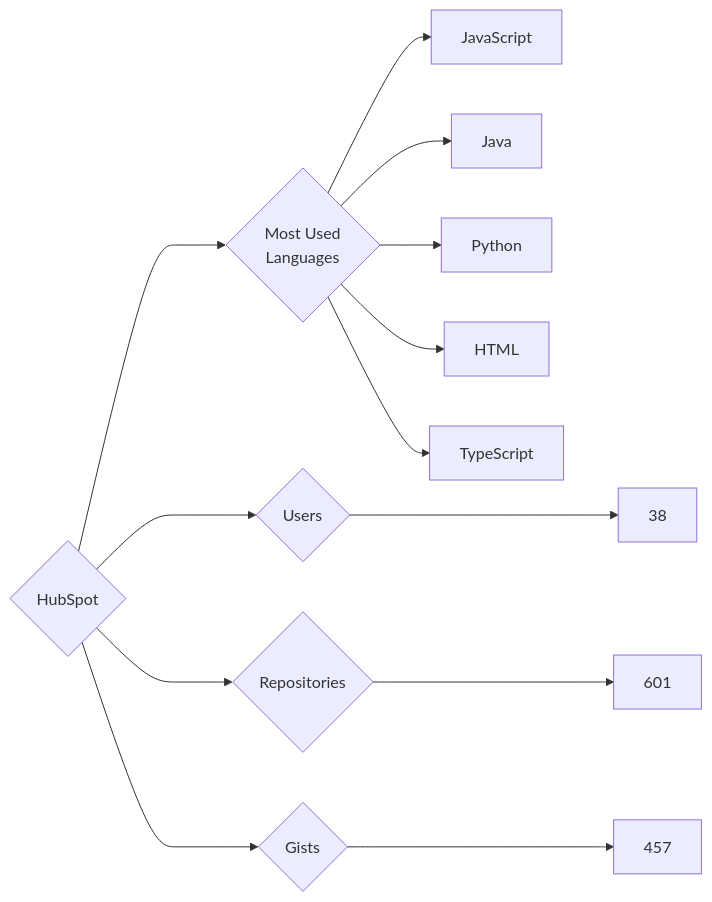
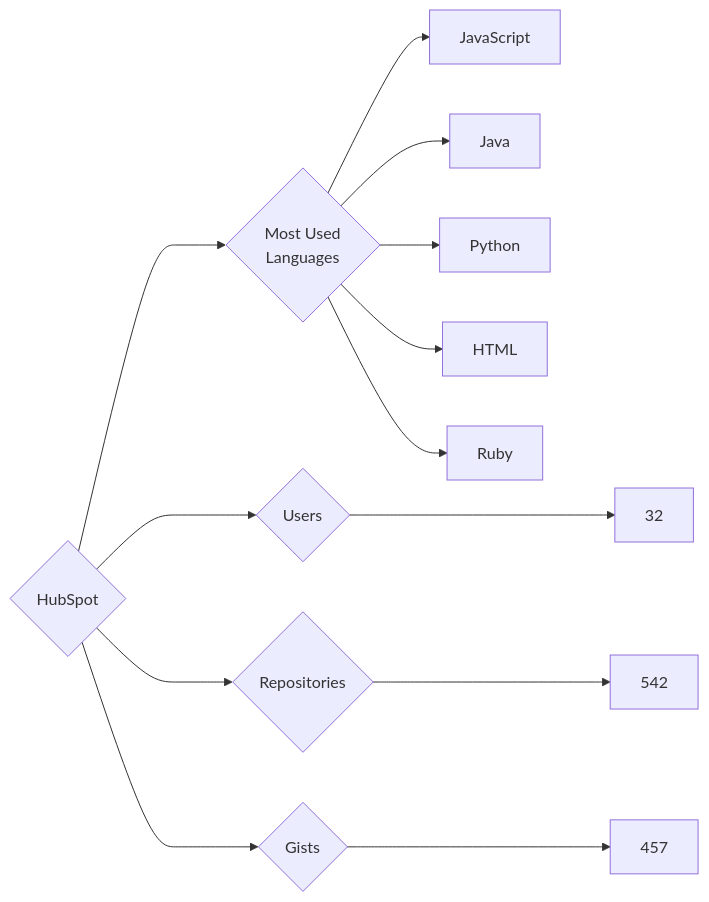
One commit to trickest/insiders changed the diagram in targets/HubSpot/README.md. Above: the diagram before and after it, drawn with Mermaid. The commit also changed 998 other files, not shown here.

````diff
--- a/targets/HubSpot/README.md
+++ b/targets/HubSpot/README.md
@@ -3,13 +3,13 @@
 ```mermaid
 graph LR
 COMPANY_NAME{HubSpot}
-COMPANY_NAME ---> U{Users} ---> UN[38]
-COMPANY_NAME ---> R{Repositories} ---> RN[601]
+COMPANY_NAME ---> U{Users} ---> UN[32]
+COMPANY_NAME ---> R{Repositories} ---> RN[542]
 COMPANY_NAME ---> G{Gists} ---> GN[457]
 COMPANY_NAME ---> ML{Most Used<br>Languages}
 ML --> JavaScript[JavaScript]
 ML --> Java[Java]
 ML --> Python[Python]
 ML --> HTML[HTML]
-ML --> TypeScript[TypeScript]
+ML --> Ruby[Ruby]
 ```
````
